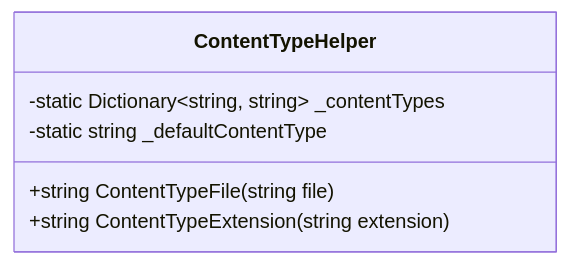
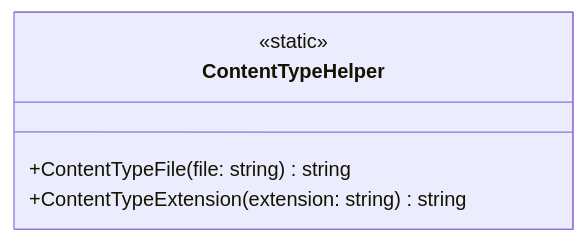
Before and after one commit to IsthmusSistemas/documentacao-tecnica: the third of 3 diagrams in docs/b2b-dominio/IsthmusWinthor.Nucleo/IsthmusWinthor.Dominio/ContentTypeHelper.md, drawn with Mermaid. The commit also changed other lines of this file, not shown here.

Commit message:
ContentTypeHelper.md

````diff
--- a/docs/b2b-dominio/IsthmusWinthor.Nucleo/IsthmusWinthor.Dominio/ContentTypeHelper.md
+++ b/docs/b2b-dominio/IsthmusWinthor.Nucleo/IsthmusWinthor.Dominio/ContentTypeHelper.md
@@ -50,9 +59,8 @@
 ```mermaid
 classDiagram
     class ContentTypeHelper {
-        +string ContentTypeFile(string file)
-        +string ContentTypeExtension(string extension)
-        -static Dictionary~string, string~ _contentTypes
-        -static string _defaultContentType
+        <<static>>
+        +ContentTypeFile(file: string) string
+        +ContentTypeExtension(extension: string) string
     }
 ```
````
